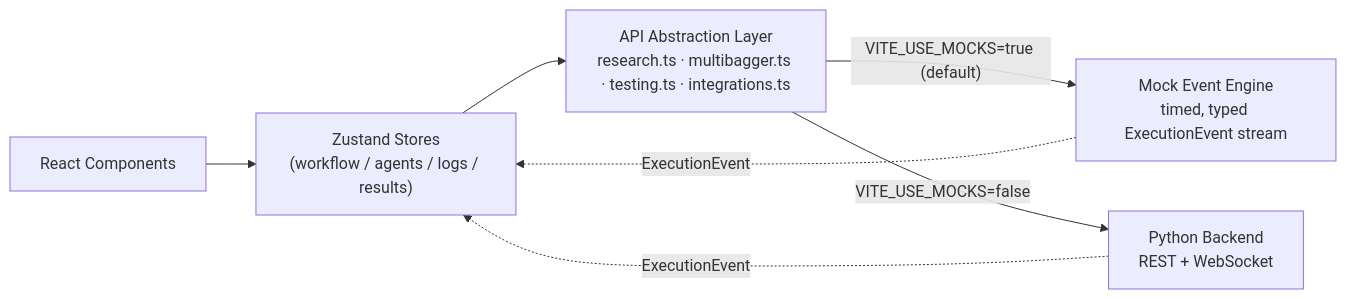
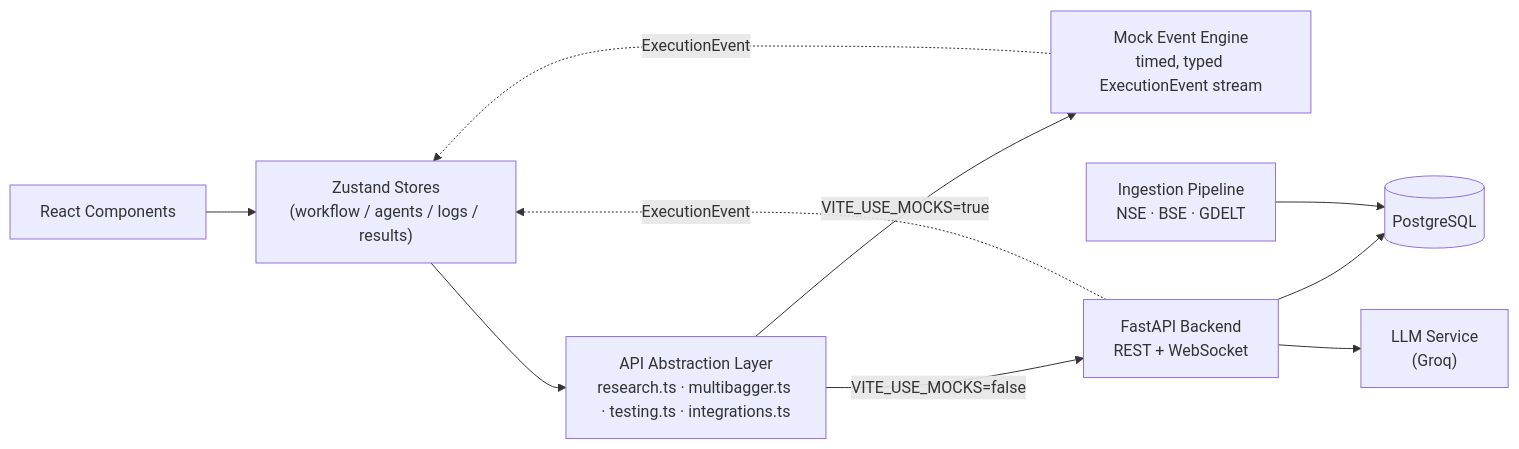
The first of 2 diagrams in ReadME.md (Niket420/Agentic-TraderR), drawn with Mermaid before and after one commit. The commit also changed other lines of this file, not shown here.

````diff
--- a/ReadME.md
+++ b/ReadME.md
@@ -65,9 +99,12 @@
 ```mermaid
 flowchart LR
     UI["React Components"] --> Store["Zustand Stores<br/>(workflow / agents / logs / results)"]
     Store --> API["API Abstraction Layer<br/>research.ts · multibagger.ts · testing.ts · integrations.ts"]
-    API -->|"VITE_USE_MOCKS=true (default)"| Mock["Mock Event Engine<br/>timed, typed ExecutionEvent stream"]
-    API -->|"VITE_USE_MOCKS=false"| Backend["Python Backend<br/>REST + WebSocket"]
+    API -->|"VITE_USE_MOCKS=true"| Mock["Mock Event Engine<br/>timed, typed ExecutionEvent stream"]
+    API -->|"VITE_USE_MOCKS=false"| Backend["FastAPI Backend<br/>REST + WebSocket"]
     Mock -.->|ExecutionEvent| Store
     Backend -.->|ExecutionEvent| Store
+    Backend --> DB[(PostgreSQL)]
+    Ingest["Ingestion Pipeline<br/>NSE · BSE · GDELT"] --> DB
+    Backend --> LLM["LLM Service<br/>(Groq)"]
 ```
````
